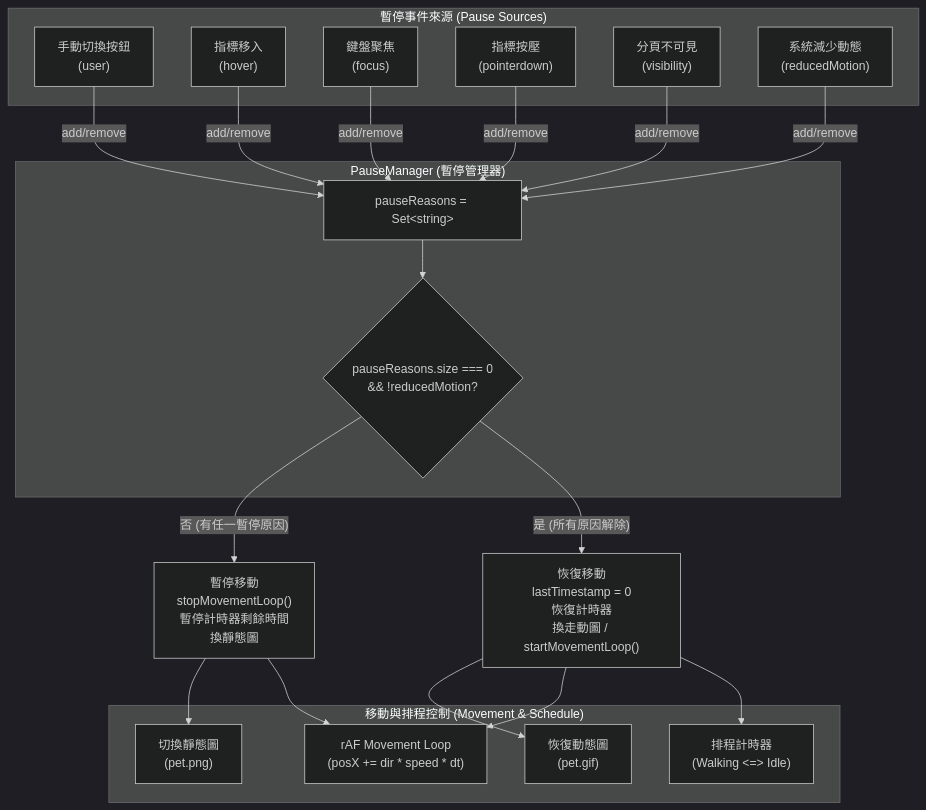
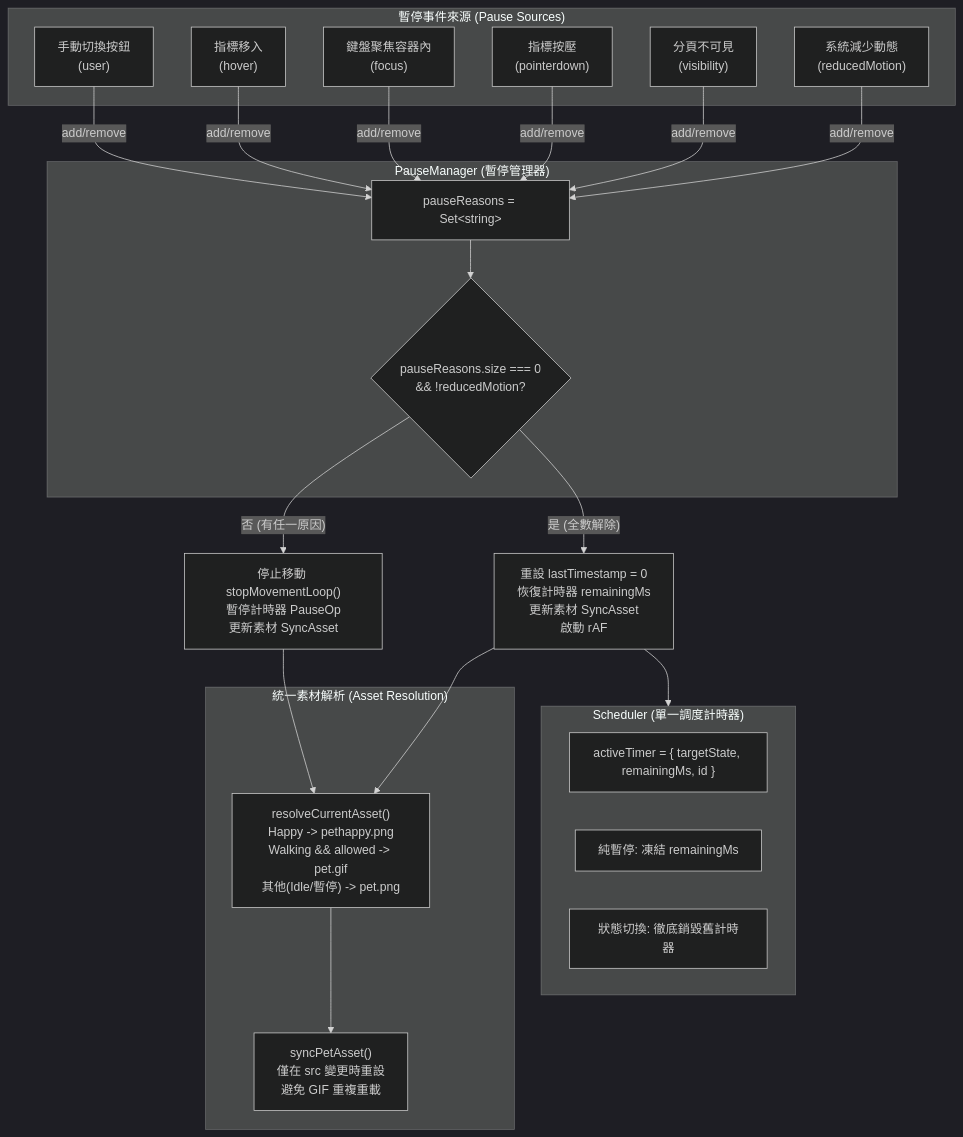
Before and after one commit to emmakuo1019/Web: the first of 2 diagrams in docs/pr2-pet-06c-plan.md, drawn with Mermaid (dark theme). The commit also changed other lines of this file, not shown here.

Commit message:
docs(pet): revise PR2-PET-06C plan after review

````diff
--- a/docs/pr2-pet-06c-plan.md
+++ b/docs/pr2-pet-06c-plan.md
@@ -69,40 +70,43 @@
 ```mermaid
 flowchart TD
     subgraph PauseSources ["暫停事件來源 (Pause Sources)"]
         UserBtn["手動切換按鈕<br/>(user)"]
         Hover["指標移入<br/>(hover)"]
-        Focus["鍵盤聚焦<br/>(focus)"]
+        Focus["鍵盤聚焦容器內<br/>(focus)"]
         PointerDown["指標按壓<br/>(pointerdown)"]
         Visibility["分頁不可見<br/>(visibility)"]
         ReducedMotion["系統減少動態<br/>(reducedMotion)"]
     end
 
     subgraph PauseManager ["PauseManager (暫停管理器)"]
         ReasonsSet["pauseReasons = Set&lt;string&gt;"]
         CheckZero{"pauseReasons.size === 0<br/>&& !reducedMotion?"}
     end
 
-    subgraph MovementControl ["移動與排程控制 (Movement & Schedule)"]
-        rAF["rAF Movement Loop<br/>(posX += dir * speed * dt)"]
-        Timer["排程計時器<br/>(Walking &lt;=&gt; Idle)"]
-        StaticImg["切換靜態圖<br/>(pet.png)"]
-        WalkImg["恢復動態圖<br/>(pet.gif)"]
+    subgraph SchedulerModule ["Scheduler (單一調度計時器)"]
+        ActiveTimer["activeTimer = { targetState, remainingMs, id }"]
+        PauseOp["純暫停: 凍結 remainingMs"]
+        TransitionOp["狀態切換: 徹底銷毀舊計時器"]
+    end
+
+    subgraph AssetResolver ["統一素材解析 (Asset Resolution)"]
+        ResolveLogic["resolveCurrentAsset()<br/>Happy -> pethappy.png<br/>Walking &amp;&amp; allowed -> pet.gif<br/>其他(Idle/暫停) -> pet.png"]
+        SyncAsset["syncPetAsset()<br/>僅在 src 變更時重設<br/>避免 GIF 重複重載"]
     end
 
     UserBtn -->|add/remove| ReasonsSet
     Hover -->|add/remove| ReasonsSet
     Focus -->|add/remove| ReasonsSet
     PointerDown -->|add/remove| ReasonsSet
     Visibility -->|add/remove| ReasonsSet
     ReducedMotion -->|add/remove| ReasonsSet
 
     ReasonsSet --> CheckZero
-    CheckZero -- "否 (有任一暫停原因)" --> Halt["暫停移動<br/>stopMovementLoop()<br/>暫停計時器剩餘時間<br/>換靜態圖"]
-    CheckZero -- "是 (所有原因解除)" --> Resume["恢復移動<br/>lastTimestamp = 0<br/>恢復計時器<br/>換走動圖 / startMovementLoop()"]
+    CheckZero -- "否 (有任一原因)" --> Halt["停止移動 stopMovementLoop()<br/>暫停計時器 PauseOp<br/>更新素材 SyncAsset"]
+    CheckZero -- "是 (全數解除)" --> Resume["重設 lastTimestamp = 0<br/>恢復計時器 remainingMs<br/>更新素材 SyncAsset<br/>啟動 rAF"]
 
-    Halt --> StaticImg
-    Halt --> rAF
-    Resume --> WalkImg
-    Resume --> rAF
-    Resume --> Timer
+    ResolveLogic --> SyncAsset
+    Halt --> ResolveLogic
+    Resume --> ResolveLogic
+    Resume --> SchedulerModule
 ```
````
